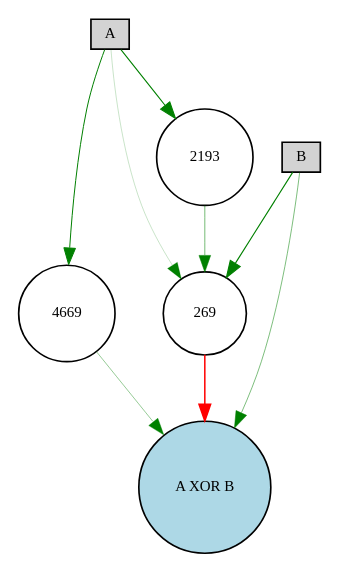
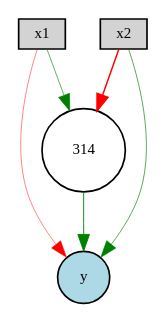
One commit to YixiongHao/Neuroevolution-Project changed the diagram in Digraph.gv. Above: the diagram before and after it, drawn with Graphviz. The commit also changed 6 other files, not shown here.

```diff
--- a/Digraph.gv
+++ b/Digraph.gv
@@ -1,17 +1,12 @@
 digraph {
 	node [fontsize=9 height=0.2 shape=circle width=0.2]
-	A [fillcolor=lightgray shape=box style=filled]
-	B [fillcolor=lightgray shape=box style=filled]
-	"A XOR B" [fillcolor=lightblue style=filled]
-	2193 [fillcolor=white style=filled]
-	269 [fillcolor=white style=filled]
-	4669 [fillcolor=white style=filled]
-	B -> 269 [color=green penwidth=0.6907366417496882 style=solid]
-	269 -> "A XOR B" [color=red penwidth=0.9077557836886775 style=solid]
-	A -> 2193 [color=green penwidth=0.6514937496176968 style=solid]
-	2193 -> 269 [color=green penwidth=0.32771189473593954 style=solid]
-	B -> "A XOR B" [color=green penwidth=0.3121450214204171 style=solid]
-	A -> 4669 [color=green penwidth=0.6023818809941993 style=solid]
-	4669 -> "A XOR B" [color=green penwidth=0.24731767151815562 style=solid]
-	A -> 269 [color=green penwidth=0.13317120102430674 style=solid]
+	x1 [fillcolor=lightgray shape=box style=filled]
+	x2 [fillcolor=lightgray shape=box style=filled]
+	y [fillcolor=lightblue style=filled]
+	314 [fillcolor=white style=filled]
+	x1 -> 314 [color=green penwidth=0.37132768949103523 style=solid]
+	314 -> y [color=green penwidth=0.5383738833552029 style=solid]
+	x2 -> 314 [color=red penwidth=0.8796434314572492 style=solid]
+	x2 -> y [color=green penwidth=0.3921595421563058 style=solid]
+	x1 -> y [color=red penwidth=0.28910218398313875 style=solid]
 }
```
